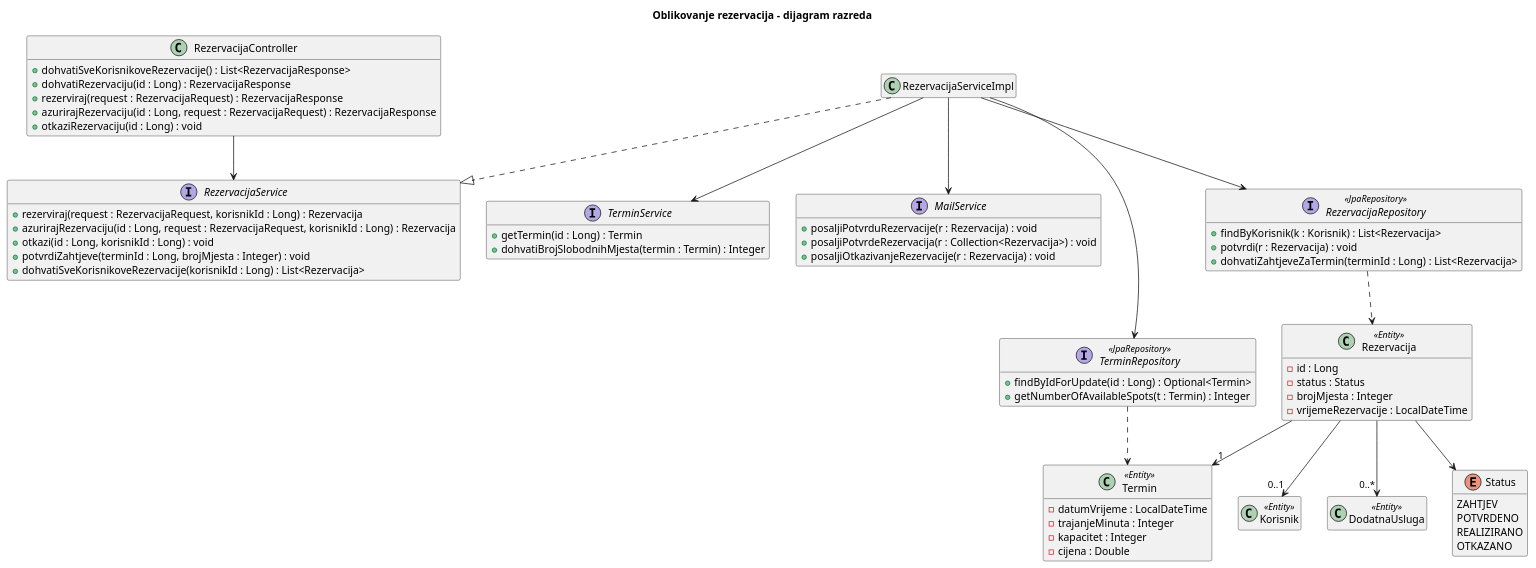
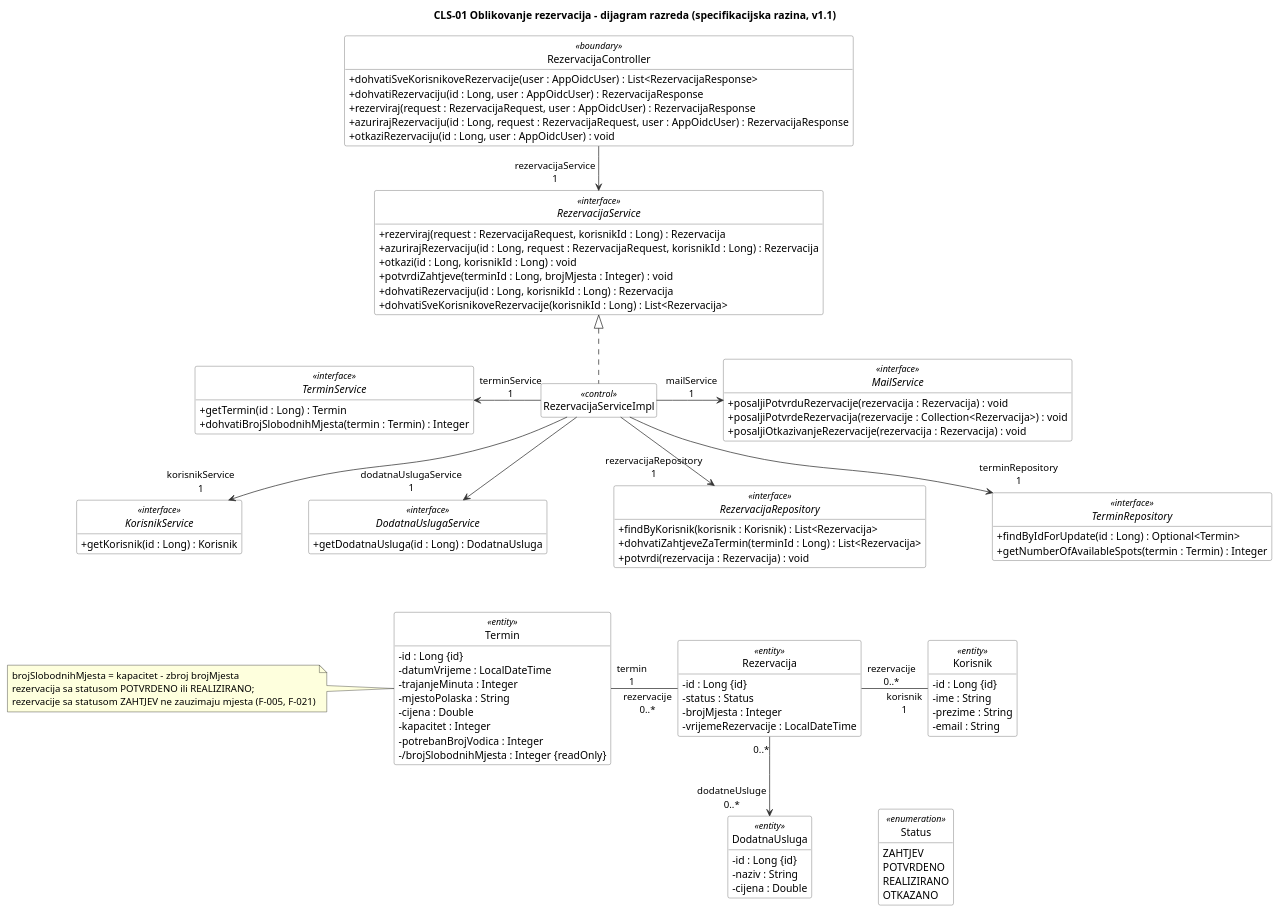
One commit to ivan-domljanovic/proinz-G11-3 changed the diagram in docs/puml/4-3-rezervacije-CD.puml. Above: the diagram before and after it, drawn with PlantUML.

Commit message:
Update PlantUML izvor dijagrama razreda za rezervacije

```diff
--- a/docs/puml/4-3-rezervacije-CD.puml
+++ b/docs/puml/4-3-rezervacije-CD.puml
@@ -1,72 +1,129 @@
 @startuml 4-3-rezervacije-CD
-title Oblikovanje rezervacija - dijagram razreda
+title CLS-01 Oblikovanje rezervacija - dijagram razreda (specifikacijska razina, v1.1)
 skinparam shadowing false
+skinparam classAttributeIconSize 0
+skinparam ArrowColor #333333
+skinparam class {
+  BackgroundColor #FFFFFF
+  BorderColor #555555
+}
 hide empty members
+hide circle
+skinparam nodesep 90
 
-class RezervacijaController {
-  +dohvatiSveKorisnikoveRezervacije() : List<RezervacijaResponse>
-  +dohvatiRezervaciju(id : Long) : RezervacijaResponse
-  +rezerviraj(request : RezervacijaRequest) : RezervacijaResponse
-  +azurirajRezervaciju(id : Long, request : RezervacijaRequest) : RezervacijaResponse
-  +otkaziRezervaciju(id : Long) : void
+' ===== Granica prema klijentu =====
+class RezervacijaController <<boundary>> {
+  +dohvatiSveKorisnikoveRezervacije(user : AppOidcUser) : List<RezervacijaResponse>
+  +dohvatiRezervaciju(id : Long, user : AppOidcUser) : RezervacijaResponse
+  +rezerviraj(request : RezervacijaRequest, user : AppOidcUser) : RezervacijaResponse
+  +azurirajRezervaciju(id : Long, request : RezervacijaRequest, user : AppOidcUser) : RezervacijaResponse
+  +otkaziRezervaciju(id : Long, user : AppOidcUser) : void
 }
-interface RezervacijaService {
+
+' ===== Ugovori servisa =====
+interface RezervacijaService <<interface>> {
   +rezerviraj(request : RezervacijaRequest, korisnikId : Long) : Rezervacija
   +azurirajRezervaciju(id : Long, request : RezervacijaRequest, korisnikId : Long) : Rezervacija
   +otkazi(id : Long, korisnikId : Long) : void
   +potvrdiZahtjeve(terminId : Long, brojMjesta : Integer) : void
+  +dohvatiRezervaciju(id : Long, korisnikId : Long) : Rezervacija
   +dohvatiSveKorisnikoveRezervacije(korisnikId : Long) : List<Rezervacija>
 }
-class RezervacijaServiceImpl
-interface TerminService {
+
+class RezervacijaServiceImpl <<control>>
+
+interface TerminService <<interface>> {
   +getTermin(id : Long) : Termin
   +dohvatiBrojSlobodnihMjesta(termin : Termin) : Integer
 }
-interface MailService {
-  +posaljiPotvrduRezervacije(r : Rezervacija) : void
-  +posaljiPotvrdeRezervacija(r : Collection<Rezervacija>) : void
-  +posaljiOtkazivanjeRezervacije(r : Rezervacija) : void
+
+interface KorisnikService <<interface>> {
+  +getKorisnik(id : Long) : Korisnik
 }
-interface RezervacijaRepository <<JpaRepository>> {
-  +findByKorisnik(k : Korisnik) : List<Rezervacija>
-  +potvrdi(r : Rezervacija) : void
+
+interface DodatnaUslugaService <<interface>> {
+  +getDodatnaUsluga(id : Long) : DodatnaUsluga
+}
+
+interface MailService <<interface>> {
+  +posaljiPotvrduRezervacije(rezervacija : Rezervacija) : void
+  +posaljiPotvrdeRezervacija(rezervacije : Collection<Rezervacija>) : void
+  +posaljiOtkazivanjeRezervacije(rezervacija : Rezervacija) : void
+}
+
+' ===== Pohrana =====
+interface RezervacijaRepository <<interface>> {
+  +findByKorisnik(korisnik : Korisnik) : List<Rezervacija>
   +dohvatiZahtjeveZaTermin(terminId : Long) : List<Rezervacija>
+  +potvrdi(rezervacija : Rezervacija) : void
 }
-interface TerminRepository <<JpaRepository>> {
+
+interface TerminRepository <<interface>> {
   +findByIdForUpdate(id : Long) : Optional<Termin>
-  +getNumberOfAvailableSpots(t : Termin) : Integer
+  +getNumberOfAvailableSpots(termin : Termin) : Integer
 }
-class Rezervacija <<Entity>> {
-  -id : Long
+
+' ===== Domenski razredi =====
+class Rezervacija <<entity>> {
+  -id : Long {id}
   -status : Status
   -brojMjesta : Integer
   -vrijemeRezervacije : LocalDateTime
 }
-class Termin <<Entity>> {
+
+class Termin <<entity>> {
+  -id : Long {id}
   -datumVrijeme : LocalDateTime
   -trajanjeMinuta : Integer
+  -mjestoPolaska : String
+  -cijena : Double
   -kapacitet : Integer
+  -potrebanBrojVodica : Integer
+  -/brojSlobodnihMjesta : Integer {readOnly}
+}
+
+class Korisnik <<entity>> {
+  -id : Long {id}
+  -ime : String
+  -prezime : String
+  -email : String
+}
+
+class DodatnaUsluga <<entity>> {
+  -id : Long {id}
+  -naziv : String
   -cijena : Double
 }
-class Korisnik <<Entity>>
-class DodatnaUsluga <<Entity>>
-enum Status {
+
+enum Status <<enumeration>> {
   ZAHTJEV
   POTVRDENO
   REALIZIRANO
   OTKAZANO
 }
 
-RezervacijaController --> RezervacijaService
-RezervacijaServiceImpl ..|> RezervacijaService
-RezervacijaServiceImpl --> TerminService
-RezervacijaServiceImpl --> TerminRepository
-RezervacijaServiceImpl --> MailService
-RezervacijaServiceImpl --> RezervacijaRepository
-RezervacijaRepository ..> Rezervacija
-TerminRepository ..> Termin
-Rezervacija --> "1" Termin
-Rezervacija --> "0..1" Korisnik
-Rezervacija --> "0..*" DodatnaUsluga
-Rezervacija --> Status
+' ===== Pridruživanje i realizacija sučelja =====
+RezervacijaController -down-> "rezervacijaService\n1" RezervacijaService
+RezervacijaServiceImpl .up.|> RezervacijaService
+
+' ===== Pridruživanja: suradnici (navigabilna, s ulogama) =====
+RezervacijaServiceImpl -left-> "terminService\n1" TerminService
+RezervacijaServiceImpl -right-> "mailService\n1" MailService
+RezervacijaServiceImpl -down-> "korisnikService\n1" KorisnikService
+RezervacijaServiceImpl -down-> "dodatnaUslugaService\n1" DodatnaUslugaService
+RezervacijaServiceImpl -down-> "rezervacijaRepository\n1" RezervacijaRepository
+RezervacijaServiceImpl -down-> "terminRepository\n1" TerminRepository
+
+' ===== Pridruživanja među domenskim razredima =====
+RezervacijaRepository -[hidden]down- Rezervacija
+Rezervacija "rezervacije\n0..*" -left- "termin\n1" Termin
+Rezervacija "rezervacije\n0..*" -right- "korisnik\n1" Korisnik
+Rezervacija "0..*" -down-> "dodatneUsluge\n0..*" DodatnaUsluga
+Status -[hidden]left- DodatnaUsluga
+
+note left of Termin
+  brojSlobodnihMjesta = kapacitet - zbroj brojMjesta
+  rezervacija sa statusom POTVRDENO ili REALIZIRANO;
+  rezervacije sa statusom ZAHTJEV ne zauzimaju mjesta (F-005, F-021)
+end note
 @enduml
```
